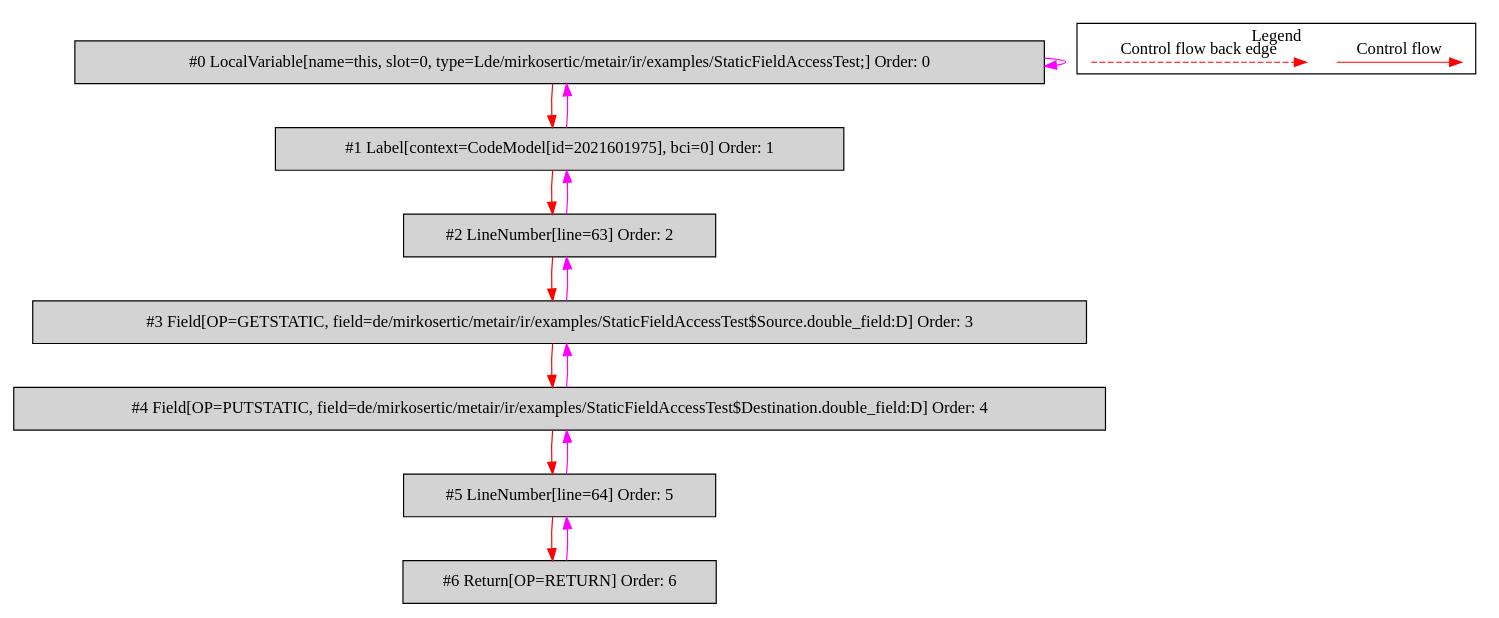
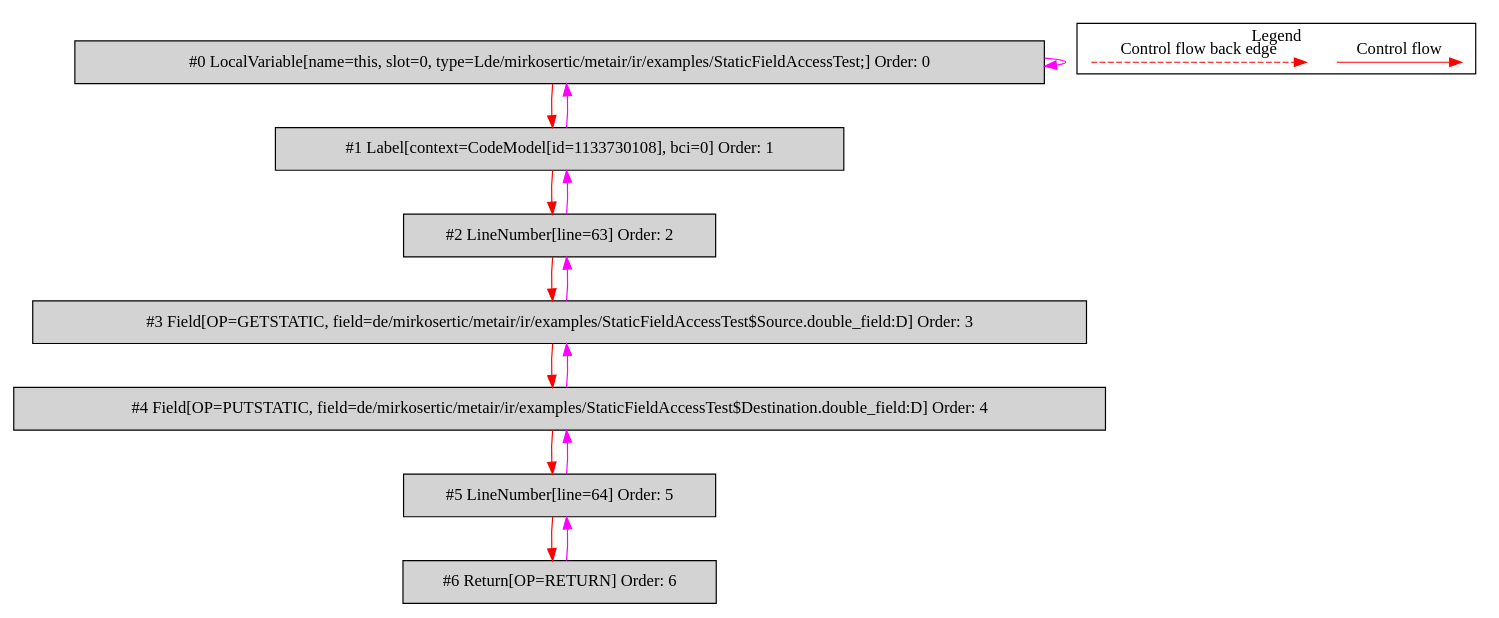
One commit to mirkosertic/MetaIR changed the diagram in de.mirkosertic.metair.ir.examples.StaticFieldAccessTest/copy_double/bytecodecfg.dot. Above: the diagram before and after it, drawn with Graphviz. The commit also changed 1230 other files, not shown here.

```diff
--- a/de.mirkosertic.metair.ir.examples.StaticFieldAccessTest/copy_double/bytecodecfg.dot
+++ b/de.mirkosertic.metair.ir.examples.StaticFieldAccessTest/copy_double/bytecodecfg.dot
@@ -1,37 +1,37 @@
 digraph {
  ordering="in";
  node0[label="#0 LocalVariable[name=this, slot=0, type=Lde/mirkosertic/metair/ir/examples/StaticFieldAccessTest;] Order: 0", shape=box, fillcolor=lightgrey, style=filled];
- node1[label="#1 Label[context=CodeModel[id=2021601975], bci=0] Order: 1", shape=box, fillcolor=lightgrey, style=filled];
+ node1[label="#1 Label[context=CodeModel[id=1133730108], bci=0] Order: 1", shape=box, fillcolor=lightgrey, style=filled];
  node2[label="#2 LineNumber[line=63] Order: 2", shape=box, fillcolor=lightgrey, style=filled];
  node3[label="#3 Field[OP=GETSTATIC, field=de/mirkosertic/metair/ir/examples/StaticFieldAccessTest$Source.double_field:D] Order: 3", shape=box, fillcolor=lightgrey, style=filled];
  node4[label="#4 Field[OP=PUTSTATIC, field=de/mirkosertic/metair/ir/examples/StaticFieldAccessTest$Destination.double_field:D] Order: 4", shape=box, fillcolor=lightgrey, style=filled];
  node5[label="#5 LineNumber[line=64] Order: 5", shape=box, fillcolor=lightgrey, style=filled];
  node6[label="#6 Return[OP=RETURN] Order: 6", shape=box, fillcolor=lightgrey, style=filled];
  node0 -> node0[color=fuchsia];
  node0 -> node1[color=red];
  node1 -> node0[color=fuchsia];
  node1 -> node2[color=red];
  node2 -> node1[color=fuchsia];
  node2 -> node3[color=red];
  node3 -> node2[color=fuchsia];
  node3 -> node4[color=red];
  node4 -> node3[color=fuchsia];
  node4 -> node5[color=red];
  node5 -> node4[color=fuchsia];
  node5 -> node6[color=red];
  node6 -> node5[color=fuchsia];
  subgraph cluster_000 {
   label = "Legend";
   node [shape=point]
   {
    rank=same;
    c0 [style = invis];
    c1 [style = invis];
    c2 [style = invis];
    c3 [style = invis];
   }
   c0 -> c1 [label="Control flow", style=solid, color=red]
   c2 -> c3 [label="Control flow back edge", style=dashed, color=red]
  }
 
 }
```
